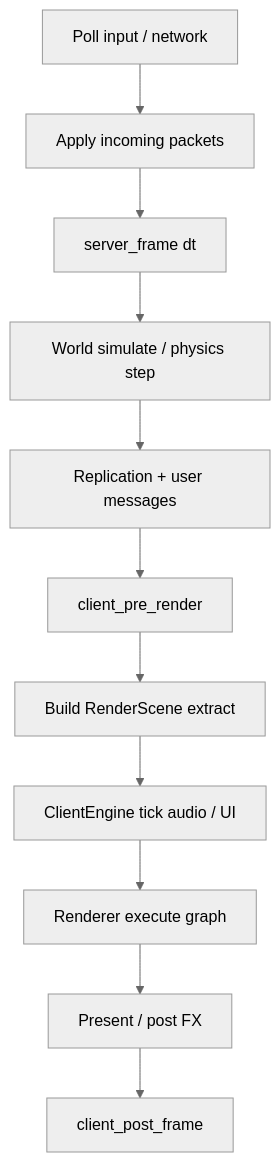
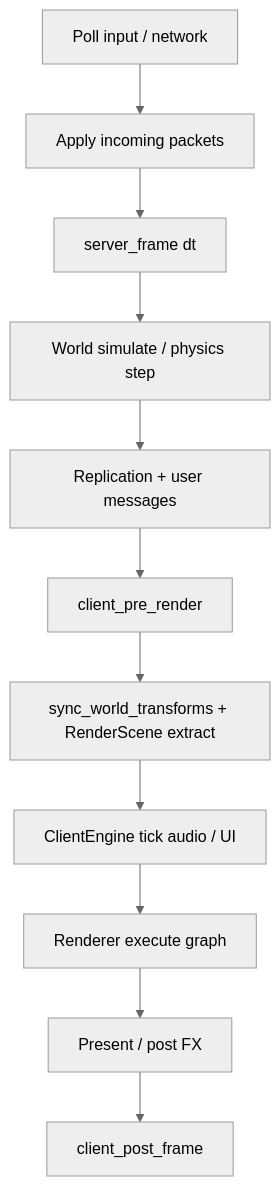
Before and after one commit to ShadowOfEVolk/deerpunk: the fourth of 4 diagrams in docs/ARCHITECTURE.md, drawn with Mermaid (neutral theme). The commit also changed 41 other files, not shown here.

````diff
--- a/docs/ARCHITECTURE.md
+++ b/docs/ARCHITECTURE.md
@@ -138,13 +138,13 @@
 ```mermaid
 flowchart TD
     A[Poll input / network] --> B[Apply incoming packets]
     B --> C[server_frame dt]
     C --> D[World simulate / physics step]
     D --> E[Replication + user messages]
     E --> F[client_pre_render]
-    F --> G[Build RenderScene extract]
+    F --> G[sync_world_transforms + RenderScene extract]
     G --> H[ClientEngine tick audio / UI]
     H --> I[Renderer execute graph]
     I --> J[Present / post FX]
     J --> K[client_post_frame]
 ```
````
